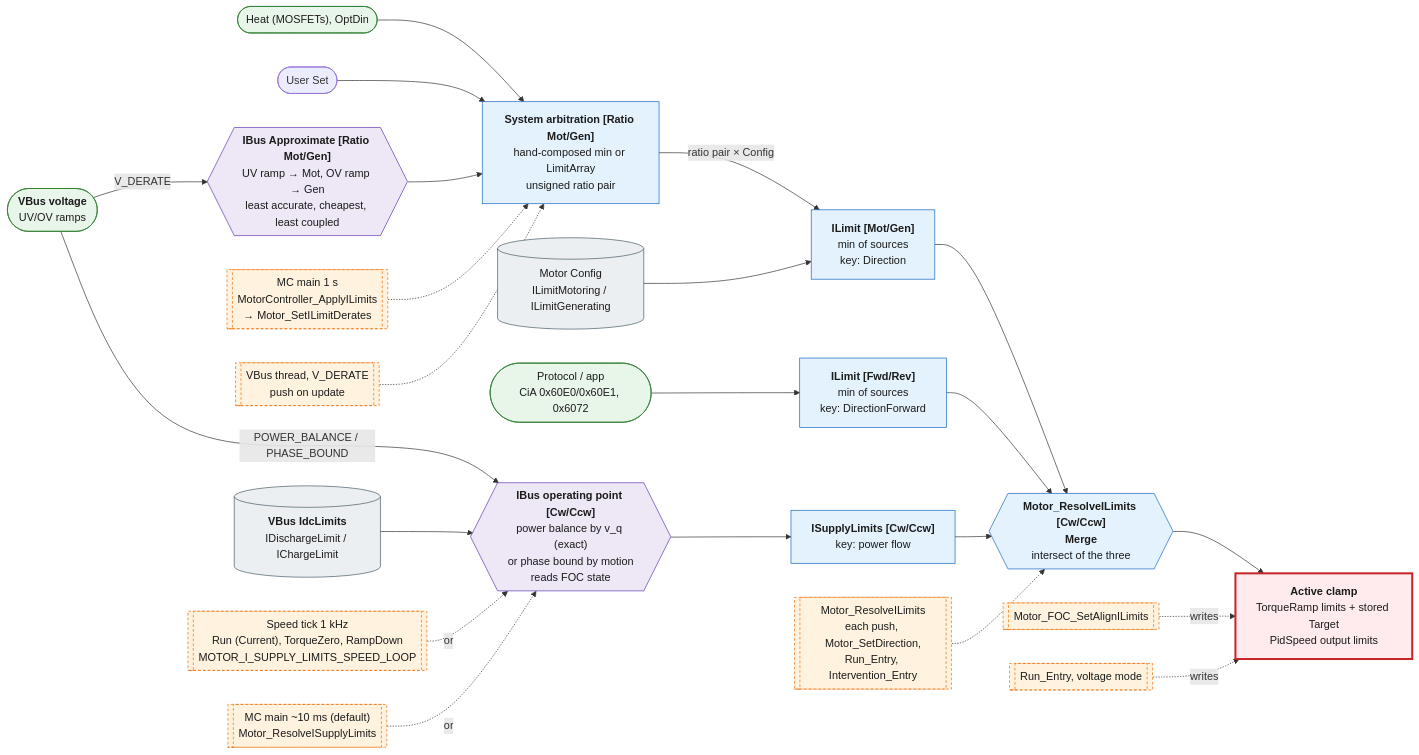
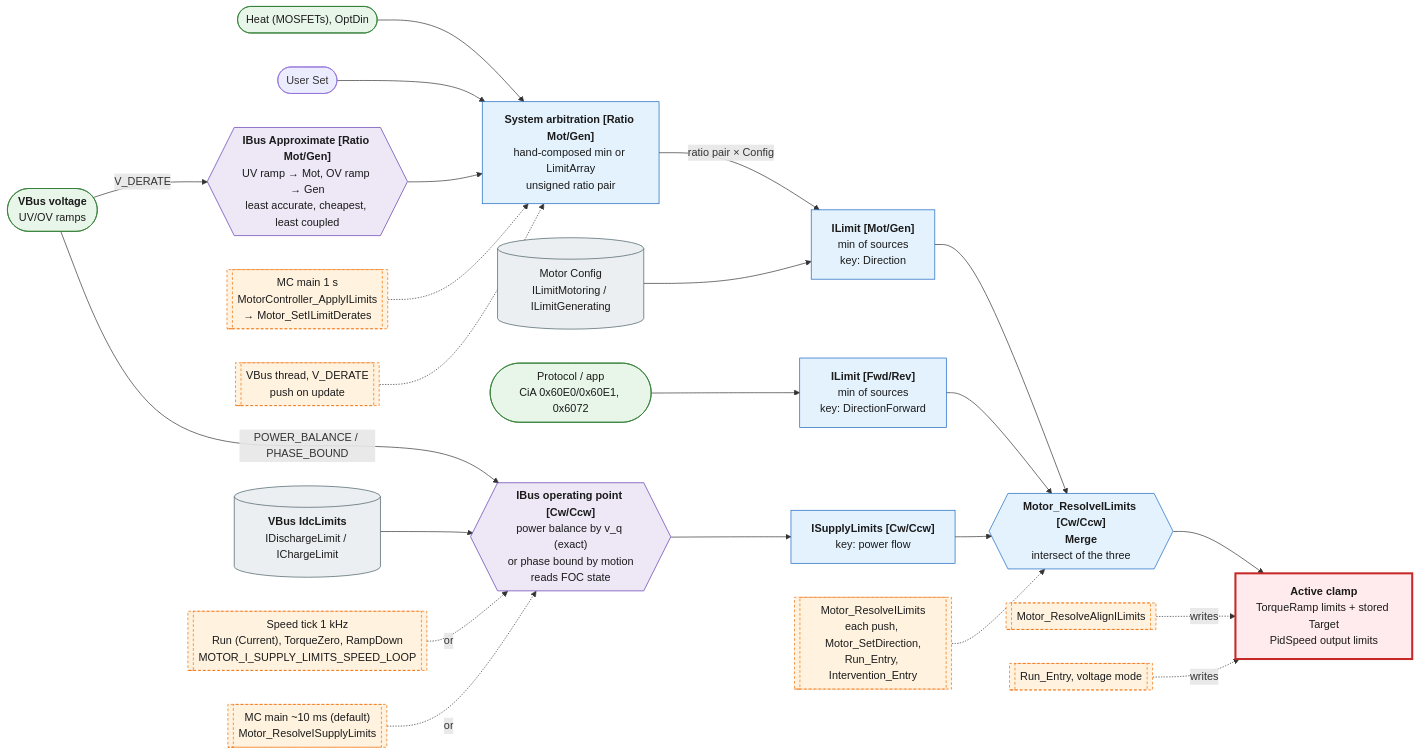
One commit to FireSourcery/FireSourcery_Library changed the first of 2 diagrams in Motor/Docs/ILimitsRouting.md. Above: the diagram before and after it, drawn with Mermaid. The commit also changed 16 other files, not shown here.

````diff
--- a/Motor/Docs/ILimitsRouting.md
+++ b/Motor/Docs/ILimitsRouting.md
@@ -3,70 +3,70 @@
 ```mermaid
 flowchart LR
     %% Live limit sources
     SYS(["Heat (MOSFETs), OptDin"])
     USER(["User Set"])
     PRO(["Protocol / app<br/>CiA 0x60E0/0x60E1, 0x6072"])
     VB(["<b>VBus voltage</b><br/>UV/OV ramps"])
 
     %% Stored limits
     CFG[("Motor Config<br/>ILimitMotoring / ILimitGenerating")]
     IDC[("<b>VBus IdcLimits</b><br/>IDischargeLimit / IChargeLimit")]
 
     %% Frame conversions
     PB{{"<b>IBus operating point [Cw/Ccw]</b><br/>power balance by v_q (exact)<br/>or phase bound by motion<br/>reads FOC state"}}
     VD{{"<b>IBus Approximate [Ratio Mot/Gen]</b><br/>UV ramp → Mot, OV ramp → Gen<br/>least accurate, cheapest, least coupled"}}
     GET{{"<b>Motor_ResolveILimits [Cw/Ccw]</b><br/><b>Merge</b><br/>intersect of the three"}}
 
     %% Merge points
     ARB["<b>System arbitration [Ratio Mot/Gen]</b><br/>hand-composed min or LimitArray<br/>unsigned ratio pair"]
     PAIR["<b>ILimit [Mot/Gen]</b><br/>min of sources<br/>key: Direction"]
     DIR["<b>ILimit [Fwd/Rev]</b><br/>min of sources<br/>key: DirectionForward"]
     WIN["<b>ISupplyLimits [Cw/Ccw]</b><br/>key: power flow"]
 
     %% Active clamp
     SLOT["<b>Active clamp</b><br/>TorqueRamp limits + stored Target<br/>PidSpeed output limits"]
 
     %% Limit data flow
     SYS --> ARB
     USER --> ARB
     VB -->|V_DERATE| VD --> ARB
     VB -->|"POWER_BALANCE / PHASE_BOUND"| PB --> WIN
     IDC --> PB
     ARB -->|"ratio pair × Config"| PAIR
     CFG --> PAIR
     PRO --> DIR
     PAIR --> GET
     DIR --> GET
     WIN --> GET
     GET --> SLOT
 
     %% Call sites
     C1S[["MC main 1 s<br/>MotorController_ApplyILimits<br/>→ Motor_SetILimitDerates"]]
     CVB[["VBus thread, V_DERATE<br/>push on update"]]
     TICK[["Speed tick 1 kHz<br/>Run (Current), TorqueZero, RampDown<br/>MOTOR_I_SUPPLY_LIMITS_SPEED_LOOP"]]
     MC10[["MC main ~10 ms (default)<br/>Motor_ResolveISupplyLimits"]]
     RES[["Motor_ResolveILimits<br/>each push, Motor_SetDirection,<br/>Run_Entry, Intervention_Entry"]]
-    AL[["Motor_FOC_SetAlignILimits"]]
+    AL[["Motor_ResolveAlignILimits"]]
     VM[["Run_Entry, voltage mode"]]
 
     C1S -.-> ARB
     CVB -.-> ARB
     TICK -.->|or| PB
     MC10 -.->|or| PB
     RES -.-> GET
     AL -.->|writes| SLOT
     VM -.->|writes| SLOT
 
     classDef source fill:#e8f5e9,stroke:#2e7d32,color:#1b1b1b
     classDef storage fill:#eceff1,stroke:#455a64,color:#1b1b1b
     classDef convert fill:#ede7f6,stroke:#5e35b1,color:#1b1b1b
     classDef merge fill:#e3f2fd,stroke:#1565c0,color:#1b1b1b
     classDef clamp fill:#ffebee,stroke:#c62828,color:#1b1b1b,stroke-width:3px
     classDef callsite fill:#fff3e0,stroke:#ef6c00,color:#1b1b1b,stroke-dasharray:4 3
     class SYS,PRO,VB source
     class CFG,IDC storage
     class PB,VD convert
     class ARB,PAIR,DIR,WIN,GET merge
     class SLOT clamp
     class C1S,CVB,TICK,MC10,RES,AL,VM callsite
 ```
````
